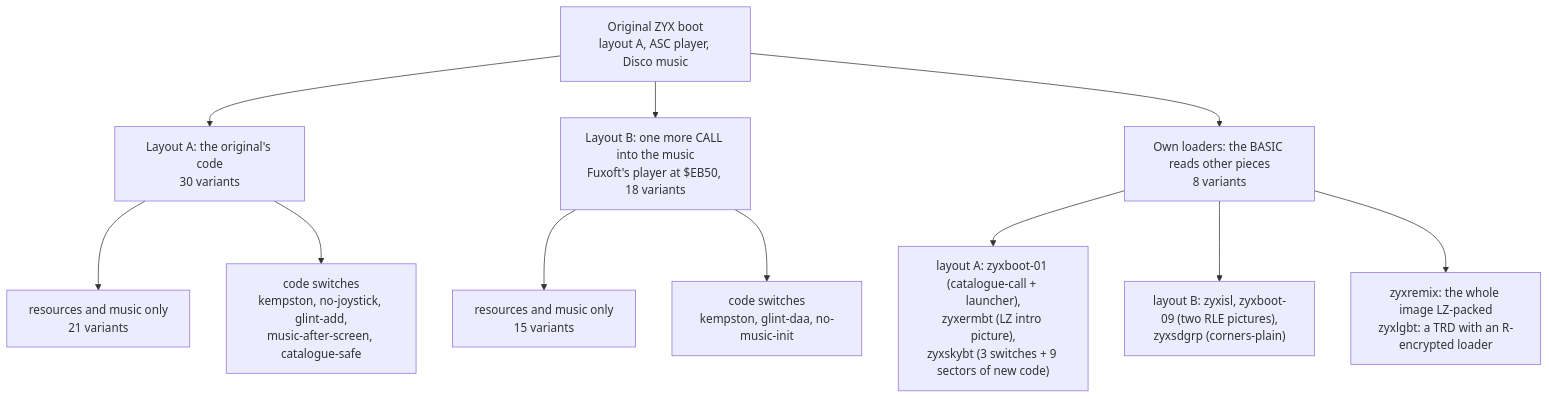
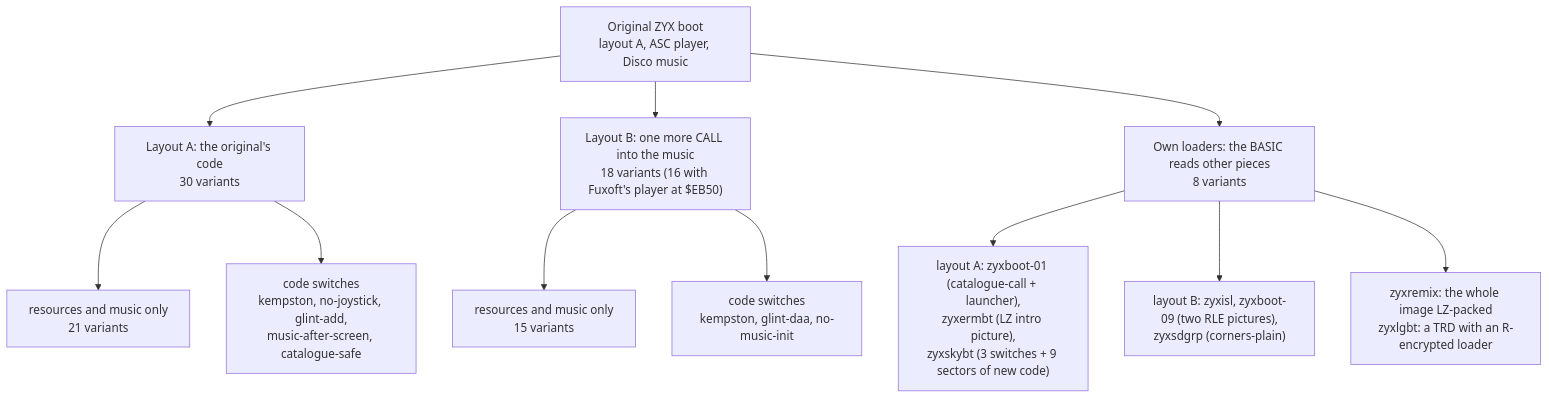
One commit to alfishe/unrealng-reverse-cases changed the first of 5 diagrams in software/zyx-boot/docs/13-variants.md. Above: the diagram before and after it, drawn with Mermaid. The commit also changed other lines of this file and 30 other files, not shown here.

````diff
--- a/software/zyx-boot/docs/13-variants.md
+++ b/software/zyx-boot/docs/13-variants.md
@@ -27,14 +27,14 @@
 ```mermaid
 flowchart TD
     O["Original ZYX boot<br/>layout A, ASC player, Disco music"]
     O --> A["Layout A: the original's code<br/>30 variants"]
-    O --> B["Layout B: one more CALL into the music<br/>Fuxoft's player at $EB50, 18 variants"]
+    O --> B["Layout B: one more CALL into the music<br/>18 variants (16 with Fuxoft's player at $EB50)"]
     O --> OWN["Own loaders: the BASIC reads other pieces<br/>8 variants"]
     A --> A0["resources and music only<br/>21 variants"]
     A --> AS["code switches<br/>kempston, no-joystick, glint-add,<br/>music-after-screen, catalogue-safe"]
     B --> B0["resources and music only<br/>15 variants"]
     B --> BS["code switches<br/>kempston, glint-daa, no-music-init"]
     OWN --> OA["layout A: zyxboot-01 (catalogue-call + launcher),<br/>zyxermbt (LZ intro picture),<br/>zyxskybt (3 switches + 9 sectors of new code)"]
     OWN --> OB["layout B: zyxisl, zyxboot-09 (two RLE pictures),<br/>zyxsdgrp (corners-plain)"]
     OWN --> OP["zyxremix: the whole image LZ-packed<br/>zyxlgbt: a TRD with an R-encrypted loader"]
 ```
````
